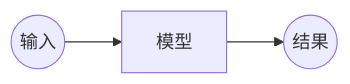
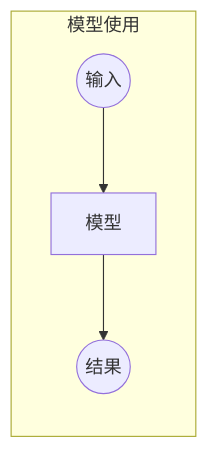
Before and after one commit to Jaas-Wang/smartbook: the eighth of 10 diagrams in smartbook/Fastai-01.md, drawn with Mermaid. The commit also changed other lines of this file, not shown here.

````diff
--- a/smartbook/Fastai-01.md
+++ b/smartbook/Fastai-01.md
@@ -765,4 +777,6 @@
 ```mermaid
 graph LR
+subgraph 模型使用
 in((输入)) --> op[模型] --> en((结果))
+end
 ```
````
